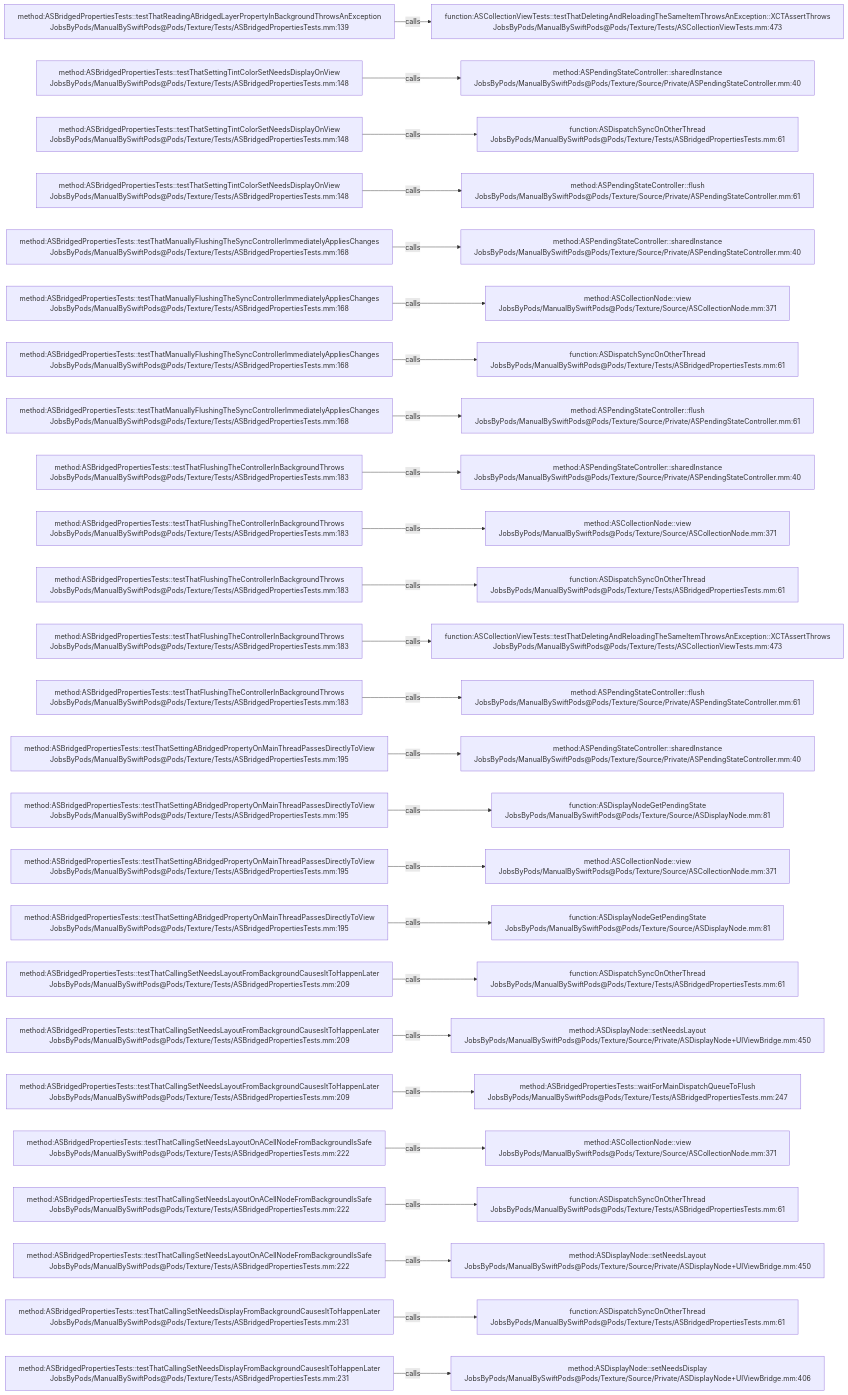
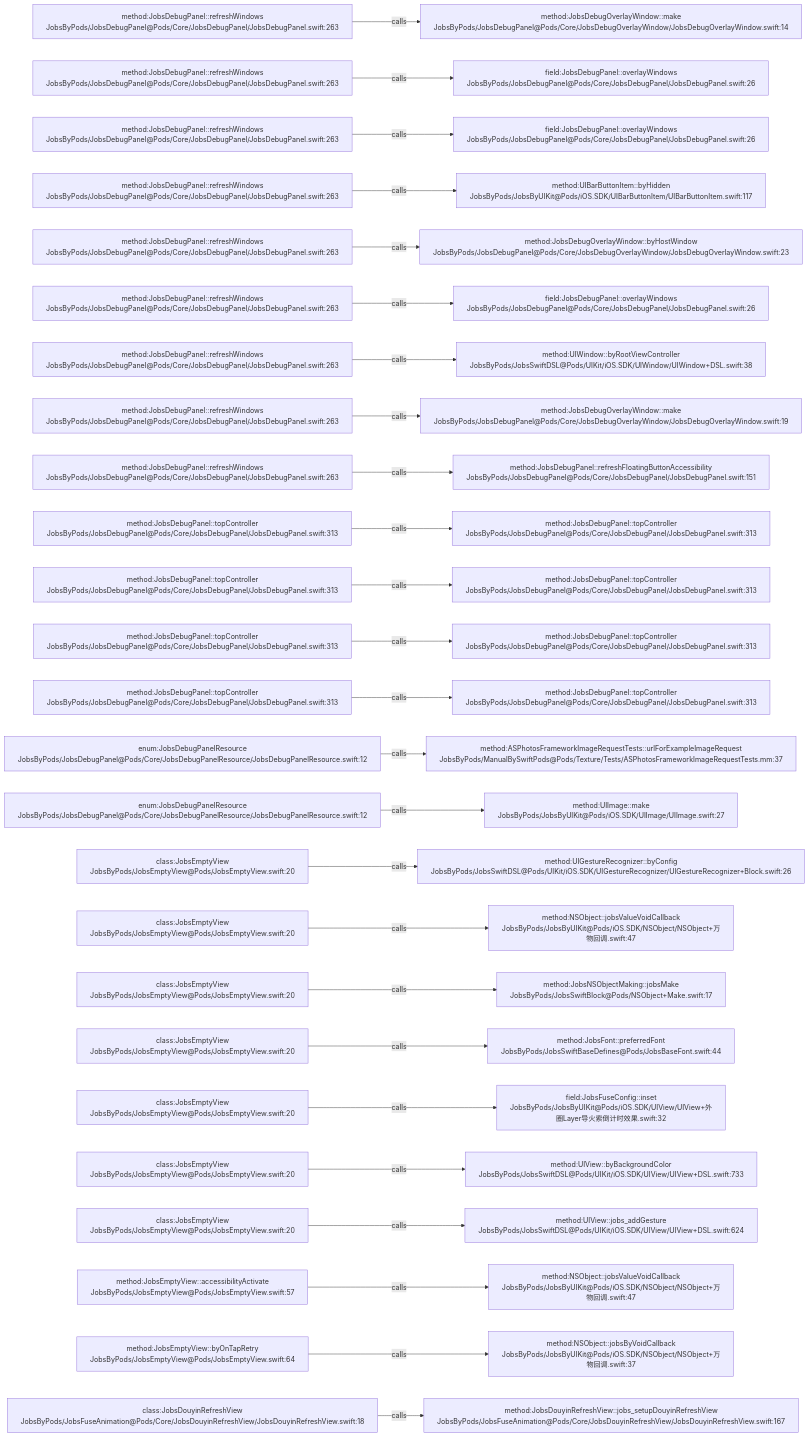
One commit to JobsKits/JobsSwiftBaseConfigDemo changed the diagram in .codegraph/codegraph.md/graphs/calls-164.md. Above: the diagram before and after it, drawn with Mermaid. The commit also changed 224 other files, not shown here.

````diff
--- a/.codegraph/codegraph.md/graphs/calls-164.md
+++ b/.codegraph/codegraph.md/graphs/calls-164.md
@@ -13,78 +13,78 @@
 ```mermaid
 flowchart LR
-  S1["method:ASBridgedPropertiesTests::testThatReadingABridgedLayerPropertyInBackgroundThrowsAnException<br/>JobsByPods/ManualBySwiftPods@Pods/Texture/Tests/ASBridgedPropertiesTests.mm:139"]
-  T1["function:ASCollectionViewTests::testThatDeletingAndReloadingTheSameItemThrowsAnException::XCTAssertThrows<br/>JobsByPods/ManualBySwiftPods@Pods/Texture/Tests/ASCollectionViewTests.mm:473"]
+  S1["method:JobsDebugPanel::refreshWindows<br/>JobsByPods/JobsDebugPanel@Pods/Core/JobsDebugPanel/JobsDebugPanel.swift:263"]
+  T1["method:JobsDebugOverlayWindow::make<br/>JobsByPods/JobsDebugPanel@Pods/Core/JobsDebugOverlayWindow/JobsDebugOverlayWindow.swift:14"]
   S1 -->|calls| T1
-  S2["method:ASBridgedPropertiesTests::testThatSettingTintColorSetNeedsDisplayOnView<br/>JobsByPods/ManualBySwiftPods@Pods/Texture/Tests/ASBridgedPropertiesTests.mm:148"]
-  T2["method:ASPendingStateController::sharedInstance<br/>JobsByPods/ManualBySwiftPods@Pods/Texture/Source/Private/ASPendingStateController.mm:40"]
+  S2["method:JobsDebugPanel::refreshWindows<br/>JobsByPods/JobsDebugPanel@Pods/Core/JobsDebugPanel/JobsDebugPanel.swift:263"]
+  T2["field:JobsDebugPanel::overlayWindows<br/>JobsByPods/JobsDebugPanel@Pods/Core/JobsDebugPanel/JobsDebugPanel.swift:26"]
   S2 -->|calls| T2
-  S3["method:ASBridgedPropertiesTests::testThatSettingTintColorSetNeedsDisplayOnView<br/>JobsByPods/ManualBySwiftPods@Pods/Texture/Tests/ASBridgedPropertiesTests.mm:148"]
-  T3["function:ASDispatchSyncOnOtherThread<br/>JobsByPods/ManualBySwiftPods@Pods/Texture/Tests/ASBridgedPropertiesTests.mm:61"]
+  S3["method:JobsDebugPanel::refreshWindows<br/>JobsByPods/JobsDebugPanel@Pods/Core/JobsDebugPanel/JobsDebugPanel.swift:263"]
+  T3["field:JobsDebugPanel::overlayWindows<br/>JobsByPods/JobsDebugPanel@Pods/Core/JobsDebugPanel/JobsDebugPanel.swift:26"]
   S3 -->|calls| T3
-  S4["method:ASBridgedPropertiesTests::testThatSettingTintColorSetNeedsDisplayOnView<br/>JobsByPods/ManualBySwiftPods@Pods/Texture/Tests/ASBridgedPropertiesTests.mm:148"]
-  T4["method:ASPendingStateController::flush<br/>JobsByPods/ManualBySwiftPods@Pods/Texture/Source/Private/ASPendingStateController.mm:61"]
+  S4["method:JobsDebugPanel::refreshWindows<br/>JobsByPods/JobsDebugPanel@Pods/Core/JobsDebugPanel/JobsDebugPanel.swift:263"]
+  T4["method:UIBarButtonItem::byHidden<br/>JobsByPods/JobsByUIKit@Pods/iOS.SDK/UIBarButtonItem/UIBarButtonItem.swift:117"]
   S4 -->|calls| T4
-  S5["method:ASBridgedPropertiesTests::testThatManuallyFlushingTheSyncControllerImmediatelyAppliesChanges<br/>JobsByPods/ManualBySwiftPods@Pods/Texture/Tests/ASBridgedPropertiesTests.mm:168"]
-  T5["method:ASPendingStateController::sharedInstance<br/>JobsByPods/ManualBySwiftPods@Pods/Texture/Source/Private/ASPendingStateController.mm:40"]
+  S5["method:JobsDebugPanel::refreshWindows<br/>JobsByPods/JobsDebugPanel@Pods/Core/JobsDebugPanel/JobsDebugPanel.swift:263"]
+  T5["method:JobsDebugOverlayWindow::byHostWindow<br/>JobsByPods/JobsDebugPanel@Pods/Core/JobsDebugOverlayWindow/JobsDebugOverlayWindow.swift:23"]
   S5 -->|calls| T5
-  S6["method:ASBridgedPropertiesTests::testThatManuallyFlushingTheSyncControllerImmediatelyAppliesChanges<br/>JobsByPods/ManualBySwiftPods@Pods/Texture/Tests/ASBridgedPropertiesTests.mm:168"]
-  T6["method:ASCollectionNode::view<br/>JobsByPods/ManualBySwiftPods@Pods/Texture/Source/ASCollectionNode.mm:371"]
+  S6["method:JobsDebugPanel::refreshWindows<br/>JobsByPods/JobsDebugPanel@Pods/Core/JobsDebugPanel/JobsDebugPanel.swift:263"]
+  T6["field:JobsDebugPanel::overlayWindows<br/>JobsByPods/JobsDebugPanel@Pods/Core/JobsDebugPanel/JobsDebugPanel.swift:26"]
   S6 -->|calls| T6
-  S7["method:ASBridgedPropertiesTests::testThatManuallyFlushingTheSyncControllerImmediatelyAppliesChanges<br/>JobsByPods/ManualBySwiftPods@Pods/Texture/Tests/ASBridgedPropertiesTests.mm:168"]
-  T7["function:ASDispatchSyncOnOtherThread<br/>JobsByPods/ManualBySwiftPods@Pods/Texture/Tests/ASBridgedPropertiesTests.mm:61"]
+  S7["method:JobsDebugPanel::refreshWindows<br/>JobsByPods/JobsDebugPanel@Pods/Core/JobsDebugPanel/JobsDebugPanel.swift:263"]
+  T7["method:UIWindow::byRootViewController<br/>JobsByPods/JobsSwiftDSL@Pods/UIKit/iOS.SDK/UIWindow/UIWindow+DSL.swift:38"]
   S7 -->|calls| T7
-  S8["method:ASBridgedPropertiesTests::testThatManuallyFlushingTheSyncControllerImmediatelyAppliesChanges<br/>JobsByPods/ManualBySwiftPods@Pods/Texture/Tests/ASBridgedPropertiesTests.mm:168"]
-  T8["method:ASPendingStateController::flush<br/>JobsByPods/ManualBySwiftPods@Pods/Texture/Source/Private/ASPendingStateController.mm:61"]
+  S8["method:JobsDebugPanel::refreshWindows<br/>JobsByPods/JobsDebugPanel@Pods/Core/JobsDebugPanel/JobsDebugPanel.swift:263"]
+  T8["method:JobsDebugOverlayWindow::make<br/>JobsByPods/JobsDebugPanel@Pods/Core/JobsDebugOverlayWindow/JobsDebugOverlayWindow.swift:19"]
   S8 -->|calls| T8
-  S9["method:ASBridgedPropertiesTests::testThatFlushingTheControllerInBackgroundThrows<br/>JobsByPods/ManualBySwiftPods@Pods/Texture/Tests/ASBridgedPropertiesTests.mm:183"]
-  T9["method:ASPendingStateController::sharedInstance<br/>JobsByPods/ManualBySwiftPods@Pods/Texture/Source/Private/ASPendingStateController.mm:40"]
+  S9["method:JobsDebugPanel::refreshWindows<br/>JobsByPods/JobsDebugPanel@Pods/Core/JobsDebugPanel/JobsDebugPanel.swift:263"]
+  T9["method:JobsDebugPanel::refreshFloatingButtonAccessibility<br/>JobsByPods/JobsDebugPanel@Pods/Core/JobsDebugPanel/JobsDebugPanel.swift:151"]
   S9 -->|calls| T9
-  S10["method:ASBridgedPropertiesTests::testThatFlushingTheControllerInBackgroundThrows<br/>JobsByPods/ManualBySwiftPods@Pods/Texture/Tests/ASBridgedPropertiesTests.mm:183"]
-  T10["method:ASCollectionNode::view<br/>JobsByPods/ManualBySwiftPods@Pods/Texture/Source/ASCollectionNode.mm:371"]
+  S10["method:JobsDebugPanel::topController<br/>JobsByPods/JobsDebugPanel@Pods/Core/JobsDebugPanel/JobsDebugPanel.swift:313"]
+  T10["method:JobsDebugPanel::topController<br/>JobsByPods/JobsDebugPanel@Pods/Core/JobsDebugPanel/JobsDebugPanel.swift:313"]
   S10 -->|calls| T10
-  S11["method:ASBridgedPropertiesTests::testThatFlushingTheControllerInBackgroundThrows<br/>JobsByPods/ManualBySwiftPods@Pods/Texture/Tests/ASBridgedPropertiesTests.mm:183"]
-  T11["function:ASDispatchSyncOnOtherThread<br/>JobsByPods/ManualBySwiftPods@Pods/Texture/Tests/ASBridgedPropertiesTests.mm:61"]
+  S11["method:JobsDebugPanel::topController<br/>JobsByPods/JobsDebugPanel@Pods/Core/JobsDebugPanel/JobsDebugPanel.swift:313"]
+  T11["method:JobsDebugPanel::topController<br/>JobsByPods/JobsDebugPanel@Pods/Core/JobsDebugPanel/JobsDebugPanel.swift:313"]
   S11 -->|calls| T11
-  S12["method:ASBridgedPropertiesTests::testThatFlushingTheControllerInBackgroundThrows<br/>JobsByPods/ManualBySwiftPods@Pods/Texture/Tests/ASBridgedPropertiesTests.mm:183"]
-  T12["function:ASCollectionViewTests::testThatDeletingAndReloadingTheSameItemThrowsAnException::XCTAssertThrows<br/>JobsByPods/ManualBySwiftPods@Pods/Texture/Tests/ASCollectionViewTests.mm:473"]
+  S12["method:JobsDebugPanel::topController<br/>JobsByPods/JobsDebugPanel@Pods/Core/JobsDebugPanel/JobsDebugPanel.swift:313"]
+  T12["method:JobsDebugPanel::topController<br/>JobsByPods/JobsDebugPanel@Pods/Core/JobsDebugPanel/JobsDebugPanel.swift:313"]
   S12 -->|calls| T12
-  S13["method:ASBridgedPropertiesTests::testThatFlushingTheControllerInBackgroundThrows<br/>JobsByPods/ManualBySwiftPods@Pods/Texture/Tests/ASBridgedPropertiesTests.mm:183"]
-  T13["method:ASPendingStateController::flush<br/>JobsByPods/ManualBySwiftPods@Pods/Texture/Source/Private/ASPendingStateController.mm:61"]
+  S13["method:JobsDebugPanel::topController<br/>JobsByPods/JobsDebugPanel@Pods/Core/JobsDebugPanel/JobsDebugPanel.swift:313"]
+  T13["method:JobsDebugPanel::topController<br/>JobsByPods/JobsDebugPanel@Pods/Core/JobsDebugPanel/JobsDebugPanel.swift:313"]
   S13 -->|calls| T13
-  S14["method:ASBridgedPropertiesTests::testThatSettingABridgedPropertyOnMainThreadPassesDirectlyToView<br/>JobsByPods/ManualBySwiftPods@Pods/Texture/Tests/ASBridgedPropertiesTests.mm:195"]
-  T14["method:ASPendingStateController::sharedInstance<br/>JobsByPods/ManualBySwiftPods@Pods/Texture/Source/Private/ASPendingStateController.mm:40"]
+  S14["enum:JobsDebugPanelResource<br/>JobsByPods/JobsDebugPanel@Pods/Core/JobsDebugPanelResource/JobsDebugPanelResource.swift:12"]
+  T14["method:ASPhotosFrameworkImageRequestTests::urlForExampleImageRequest<br/>JobsByPods/ManualBySwiftPods@Pods/Texture/Tests/ASPhotosFrameworkImageRequestTests.mm:37"]
   S14 -->|calls| T14
-  S15["method:ASBridgedPropertiesTests::testThatSettingABridgedPropertyOnMainThreadPassesDirectlyToView<br/>JobsByPods/ManualBySwiftPods@Pods/Texture/Tests/ASBridgedPropertiesTests.mm:195"]
-  T15["function:ASDisplayNodeGetPendingState<br/>JobsByPods/ManualBySwiftPods@Pods/Texture/Source/ASDisplayNode.mm:81"]
+  S15["enum:JobsDebugPanelResource<br/>JobsByPods/JobsDebugPanel@Pods/Core/JobsDebugPanelResource/JobsDebugPanelResource.swift:12"]
+  T15["method:UIImage::make<br/>JobsByPods/JobsByUIKit@Pods/iOS.SDK/UIImage/UIImage.swift:27"]
   S15 -->|calls| T15
-  S16["method:ASBridgedPropertiesTests::testThatSettingABridgedPropertyOnMainThreadPassesDirectlyToView<br/>JobsByPods/ManualBySwiftPods@Pods/Texture/Tests/ASBridgedPropertiesTests.mm:195"]
-  T16["method:ASCollectionNode::view<br/>JobsByPods/ManualBySwiftPods@Pods/Texture/Source/ASCollectionNode.mm:371"]
+  S16["class:JobsEmptyView<br/>JobsByPods/JobsEmptyView@Pods/JobsEmptyView.swift:20"]
+  T16["method:UIGestureRecognizer::byConfig<br/>JobsByPods/JobsSwiftDSL@Pods/UIKit/iOS.SDK/UIGestureRecognizer/UIGestureRecognizer+Block.swift:26"]
   S16 -->|calls| T16
-  S17["method:ASBridgedPropertiesTests::testThatSettingABridgedPropertyOnMainThreadPassesDirectlyToView<br/>JobsByPods/ManualBySwiftPods@Pods/Texture/Tests/ASBridgedPropertiesTests.mm:195"]
-  T17["function:ASDisplayNodeGetPendingState<br/>JobsByPods/ManualBySwiftPods@Pods/Texture/Source/ASDisplayNode.mm:81"]
+  S17["class:JobsEmptyView<br/>JobsByPods/JobsEmptyView@Pods/JobsEmptyView.swift:20"]
+  T17["method:NSObject::jobsValueVoidCallback<br/>JobsByPods/JobsByUIKit@Pods/iOS.SDK/NSObject/NSObject+万物回调.swift:47"]
   S17 -->|calls| T17
-  S18["method:ASBridgedPropertiesTests::testThatCallingSetNeedsLayoutFromBackgroundCausesItToHappenLater<br/>JobsByPods/ManualBySwiftPods@Pods/Texture/Tests/ASBridgedPropertiesTests.mm:209"]
-  T18["function:ASDispatchSyncOnOtherThread<br/>JobsByPods/ManualBySwiftPods@Pods/Texture/Tests/ASBridgedPropertiesTests.mm:61"]
+  S18["class:JobsEmptyView<br/>JobsByPods/JobsEmptyView@Pods/JobsEmptyView.swift:20"]
+  T18["method:JobsNSObjectMaking::jobsMake<br/>JobsByPods/JobsSwiftBlock@Pods/NSObject+Make.swift:17"]
   S18 -->|calls| T18
-  S19["method:ASBridgedPropertiesTests::testThatCallingSetNeedsLayoutFromBackgroundCausesItToHappenLater<br/>JobsByPods/ManualBySwiftPods@Pods/Texture/Tests/ASBridgedPropertiesTests.mm:209"]
-  T19["method:ASDisplayNode::setNeedsLayout<br/>JobsByPods/ManualBySwiftPods@Pods/Texture/Source/Private/ASDisplayNode+UIViewBridge.mm:450"]
+  S19["class:JobsEmptyView<br/>JobsByPods/JobsEmptyView@Pods/JobsEmptyView.swift:20"]
+  T19["method:JobsFont::preferredFont<br/>JobsByPods/JobsSwiftBaseDefines@Pods/JobsBaseFont.swift:44"]
   S19 -->|calls| T19
-  S20["method:ASBridgedPropertiesTests::testThatCallingSetNeedsLayoutFromBackgroundCausesItToHappenLater<br/>JobsByPods/ManualBySwiftPods@Pods/Texture/Tests/ASBridgedPropertiesTests.mm:209"]
-  T20["method:ASBridgedPropertiesTests::waitForMainDispatchQueueToFlush<br/>JobsByPods/ManualBySwiftPods@Pods/Texture/Tests/ASBridgedPropertiesTests.mm:247"]
+  S20["class:JobsEmptyView<br/>JobsByPods/JobsEmptyView@Pods/JobsEmptyView.swift:20"]
+  T20["field:JobsFuseConfig::inset<br/>JobsByPods/JobsByUIKit@Pods/iOS.SDK/UIView/UIView+外圈Layer导火索倒计时效果.swift:32"]
   S20 -->|calls| T20
-  S21["method:ASBridgedPropertiesTests::testThatCallingSetNeedsLayoutOnACellNodeFromBackgroundIsSafe<br/>JobsByPods/ManualBySwiftPods@Pods/Texture/Tests/ASBridgedPropertiesTests.mm:222"]
-  T21["method:ASCollectionNode::view<br/>JobsByPods/ManualBySwiftPods@Pods/Texture/Source/ASCollectionNode.mm:371"]
+  S21["class:JobsEmptyView<br/>JobsByPods/JobsEmptyView@Pods/JobsEmptyView.swift:20"]
+  T21["method:UIView::byBackgroundColor<br/>JobsByPods/JobsSwiftDSL@Pods/UIKit/iOS.SDK/UIView/UIView+DSL.swift:733"]
   S21 -->|calls| T21
-  S22["method:ASBridgedPropertiesTests::testThatCallingSetNeedsLayoutOnACellNodeFromBackgroundIsSafe<br/>JobsByPods/ManualBySwiftPods@Pods/Texture/Tests/ASBridgedPropertiesTests.mm:222"]
-  T22["function:ASDispatchSyncOnOtherThread<br/>JobsByPods/ManualBySwiftPods@Pods/Texture/Tests/ASBridgedPropertiesTests.mm:61"]
+  S22["class:JobsEmptyView<br/>JobsByPods/JobsEmptyView@Pods/JobsEmptyView.swift:20"]
+  T22["method:UIView::jobs_addGesture<br/>JobsByPods/JobsSwiftDSL@Pods/UIKit/iOS.SDK/UIView/UIView+DSL.swift:624"]
   S22 -->|calls| T22
-  S23["method:ASBridgedPropertiesTests::testThatCallingSetNeedsLayoutOnACellNodeFromBackgroundIsSafe<br/>JobsByPods/ManualBySwiftPods@Pods/Texture/Tests/ASBridgedPropertiesTests.mm:222"]
-  T23["method:ASDisplayNode::setNeedsLayout<br/>JobsByPods/ManualBySwiftPods@Pods/Texture/Source/Private/ASDisplayNode+UIViewBridge.mm:450"]
+  S23["method:JobsEmptyView::accessibilityActivate<br/>JobsByPods/JobsEmptyView@Pods/JobsEmptyView.swift:57"]
+  T23["method:NSObject::jobsValueVoidCallback<br/>JobsByPods/JobsByUIKit@Pods/iOS.SDK/NSObject/NSObject+万物回调.swift:47"]
   S23 -->|calls| T23
-  S24["method:ASBridgedPropertiesTests::testThatCallingSetNeedsDisplayFromBackgroundCausesItToHappenLater<br/>JobsByPods/ManualBySwiftPods@Pods/Texture/Tests/ASBridgedPropertiesTests.mm:231"]
-  T24["function:ASDispatchSyncOnOtherThread<br/>JobsByPods/ManualBySwiftPods@Pods/Texture/Tests/ASBridgedPropertiesTests.mm:61"]
+  S24["method:JobsEmptyView::byOnTapRetry<br/>JobsByPods/JobsEmptyView@Pods/JobsEmptyView.swift:64"]
+  T24["method:NSObject::jobsByVoidCallback<br/>JobsByPods/JobsByUIKit@Pods/iOS.SDK/NSObject/NSObject+万物回调.swift:37"]
   S24 -->|calls| T24
-  S25["method:ASBridgedPropertiesTests::testThatCallingSetNeedsDisplayFromBackgroundCausesItToHappenLater<br/>JobsByPods/ManualBySwiftPods@Pods/Texture/Tests/ASBridgedPropertiesTests.mm:231"]
-  T25["method:ASDisplayNode::setNeedsDisplay<br/>JobsByPods/ManualBySwiftPods@Pods/Texture/Source/Private/ASDisplayNode+UIViewBridge.mm:406"]
+  S25["class:JobsDouyinRefreshView<br/>JobsByPods/JobsFuseAnimation@Pods/Core/JobsDouyinRefreshView/JobsDouyinRefreshView.swift:18"]
+  T25["method:JobsDouyinRefreshView::jobs_setupDouyinRefreshView<br/>JobsByPods/JobsFuseAnimation@Pods/Core/JobsDouyinRefreshView/JobsDouyinRefreshView.swift:167"]
   S25 -->|calls| T25
 ```
````
